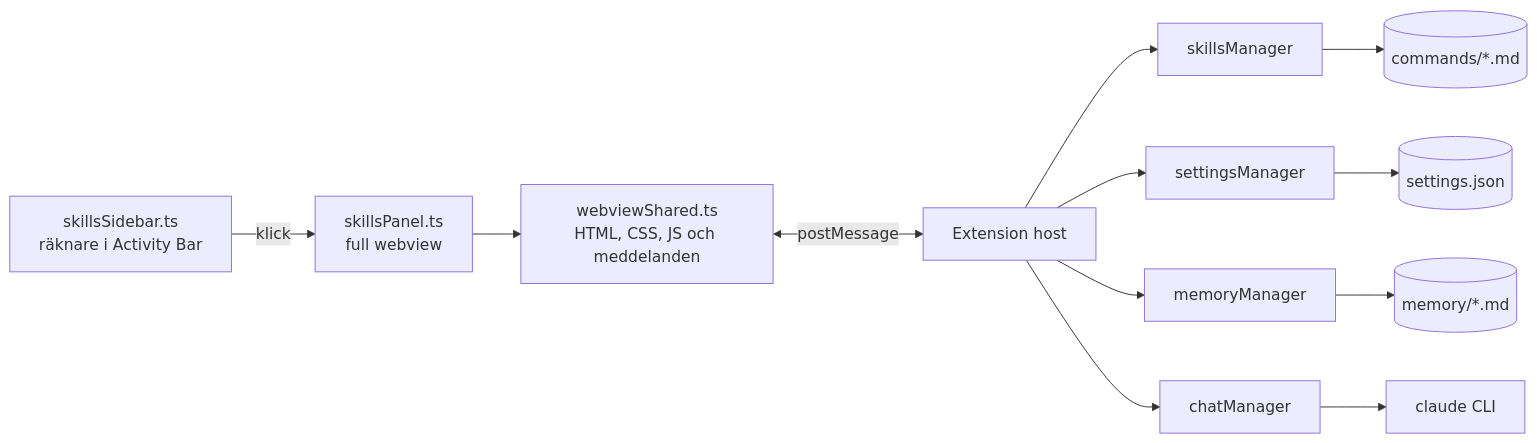
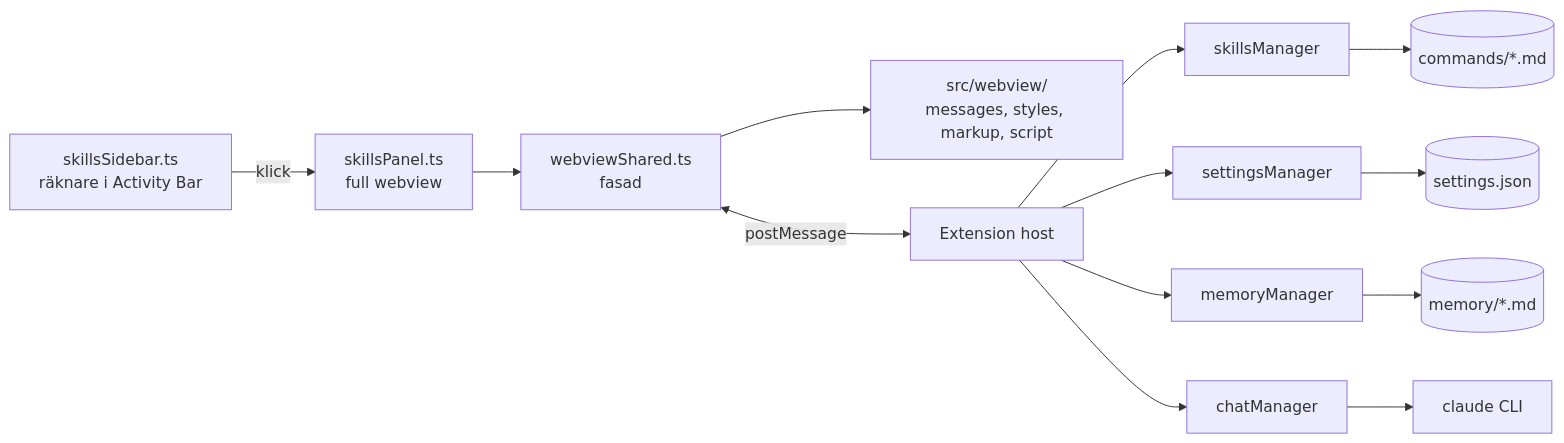
One commit to krabben77/claude-deck changed the first of 2 diagrams in README.md. Above: the diagram before and after it, drawn with Mermaid. The commit also changed other lines of this file and 1 other file, not shown here.

First line of the commit message:
docs: describe src/webview/ structure in CLAUDE.md and README

````diff
--- a/README.md
+++ b/README.md
@@ -87,14 +87,15 @@
 ```mermaid
 flowchart LR
   SB[skillsSidebar.ts<br/>räknare i Activity Bar] -->|klick| P[skillsPanel.ts<br/>full webview]
-  P --> W[webviewShared.ts<br/>HTML, CSS, JS och meddelanden]
+  P --> W[webviewShared.ts<br/>fasad]
+  W --> V[src/webview/<br/>messages, styles, markup, script]
   W <-->|postMessage| EXT[Extension host]
   EXT --> SK[skillsManager]
   EXT --> ST[settingsManager]
   EXT --> ME[memoryManager]
   EXT --> CH[chatManager]
   ST --> J[(settings.json)]
   SK --> C[(commands/*.md)]
   ME --> M[(memory/*.md)]
   CH --> CLI[claude CLI]
 ```
````
